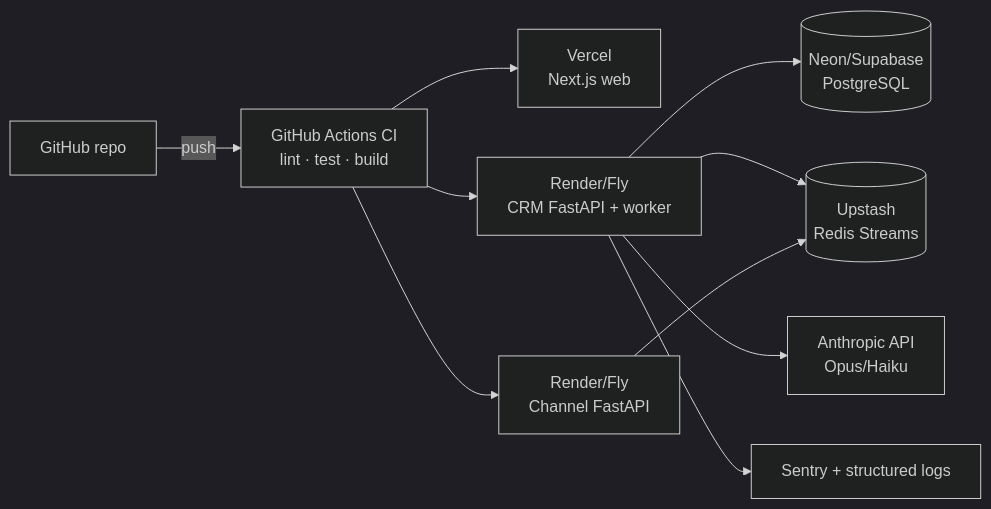
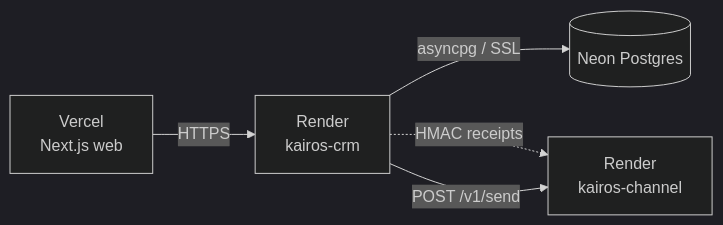
The sixth of 6 diagrams in BLUEPRINT.md (blazingarrows1525/xeno-sde), drawn with Mermaid (dark theme) before and after one commit. The commit also changed other lines of this file and 3 other files, not shown here.

````diff
--- a/BLUEPRINT.md
+++ b/BLUEPRINT.md
@@ -835,12 +467,7 @@
 ```mermaid
 flowchart LR
-    DEV[GitHub repo] -->|push| GHA[GitHub Actions CI<br/>lint · test · build]
-    GHA --> V[Vercel<br/>Next.js web]
-    GHA --> R1[Render/Fly<br/>CRM FastAPI + worker]
-    GHA --> R2[Render/Fly<br/>Channel FastAPI]
-    R1 --> NEON[(Neon/Supabase<br/>PostgreSQL)]
-    R1 --> UP[(Upstash<br/>Redis Streams)]
-    R2 --> UP
-    R1 --> ANTH[Anthropic API<br/>Opus/Haiku]
-    R1 --> SENTRY[Sentry + structured logs]
+    V["Vercel<br/>Next.js web"] -- HTTPS --> R1["Render<br/>kairos-crm"]
+    R1 -- "asyncpg / SSL" --> N[("Neon Postgres")]
+    R1 -. "HMAC receipts" .-> R2["Render<br/>kairos-channel"]
+    R1 -- "POST /v1/send" --> R2
 ```
````
